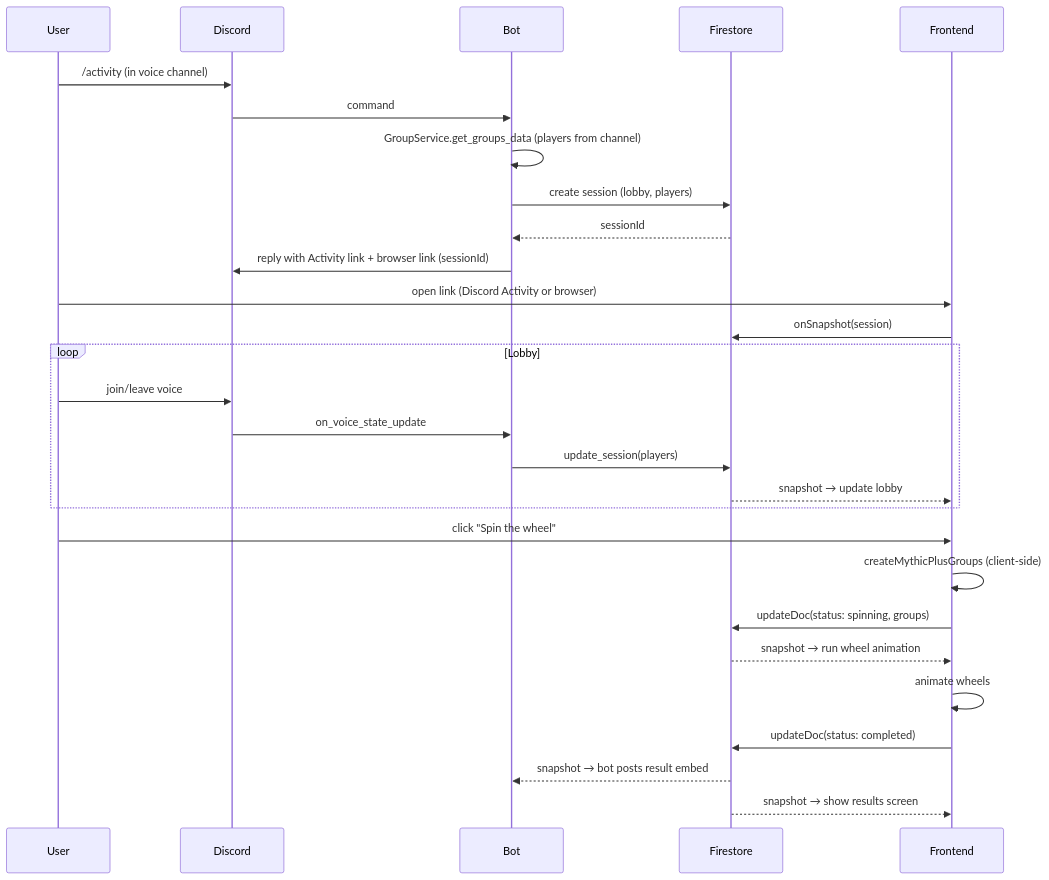
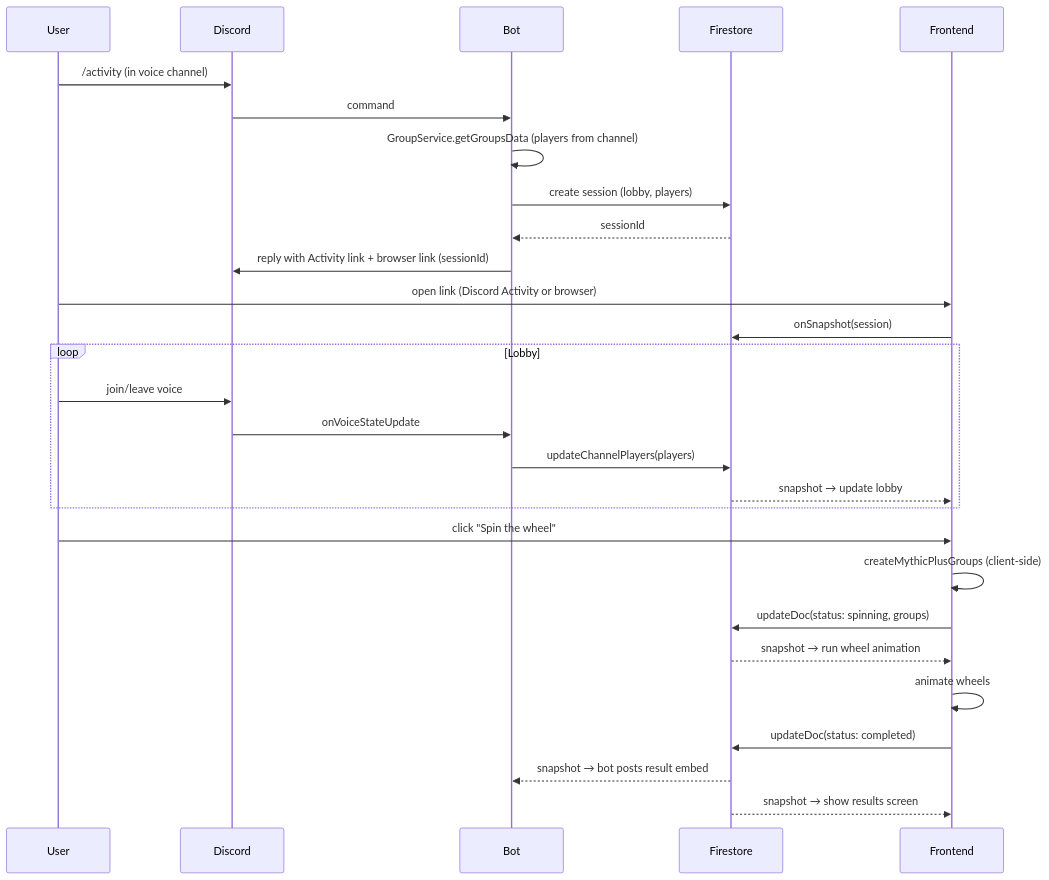
The fourth of 5 diagrams in ARCHITECTURE.md (TytaniumDev/MythicPlusDiscordBot), drawn with Mermaid before and after one commit.

Commit message:
docs: rename stale Python-style identifiers in ARCHITECTURE (T05)
Replace pre-port snake_case method names in the Activity sequence diagram
with the actual TypeScript camelCase names used in the codebase:

- GroupService.get_groups_data → GroupService.getGroupsData
- on_voice_state_update → onVoiceStateUpdate
- update_session(players) → updateChannelPlayers(players)

Verified against packages/bot/src/services/groupService.ts and
packages/bot/src/services/sessionService.ts.

````diff
--- a/ARCHITECTURE.md
+++ b/ARCHITECTURE.md
@@ -208,33 +208,33 @@
 ```mermaid
 sequenceDiagram
     participant User
     participant Discord
     participant Bot
     participant Firestore
     participant Frontend
 
     User->>Discord: /activity (in voice channel)
     Discord->>Bot: command
-    Bot->>Bot: GroupService.get_groups_data (players from channel)
+    Bot->>Bot: GroupService.getGroupsData (players from channel)
     Bot->>Firestore: create session (lobby, players)
     Firestore-->>Bot: sessionId
     Bot->>Discord: reply with Activity link + browser link (sessionId)
     User->>Frontend: open link (Discord Activity or browser)
     Frontend->>Firestore: onSnapshot(session)
 
     loop Lobby
         User->>Discord: join/leave voice
-        Discord->>Bot: on_voice_state_update
-        Bot->>Firestore: update_session(players)
+        Discord->>Bot: onVoiceStateUpdate
+        Bot->>Firestore: updateChannelPlayers(players)
         Firestore-->>Frontend: snapshot → update lobby
     end
 
     User->>Frontend: click "Spin the wheel"
     Frontend->>Frontend: createMythicPlusGroups (client-side)
     Frontend->>Firestore: updateDoc(status: spinning, groups)
     Firestore-->>Frontend: snapshot → run wheel animation
     Frontend->>Frontend: animate wheels
     Frontend->>Firestore: updateDoc(status: completed)
     Firestore-->>Bot: snapshot → bot posts result embed
     Firestore-->>Frontend: snapshot → show results screen
 ```
````
